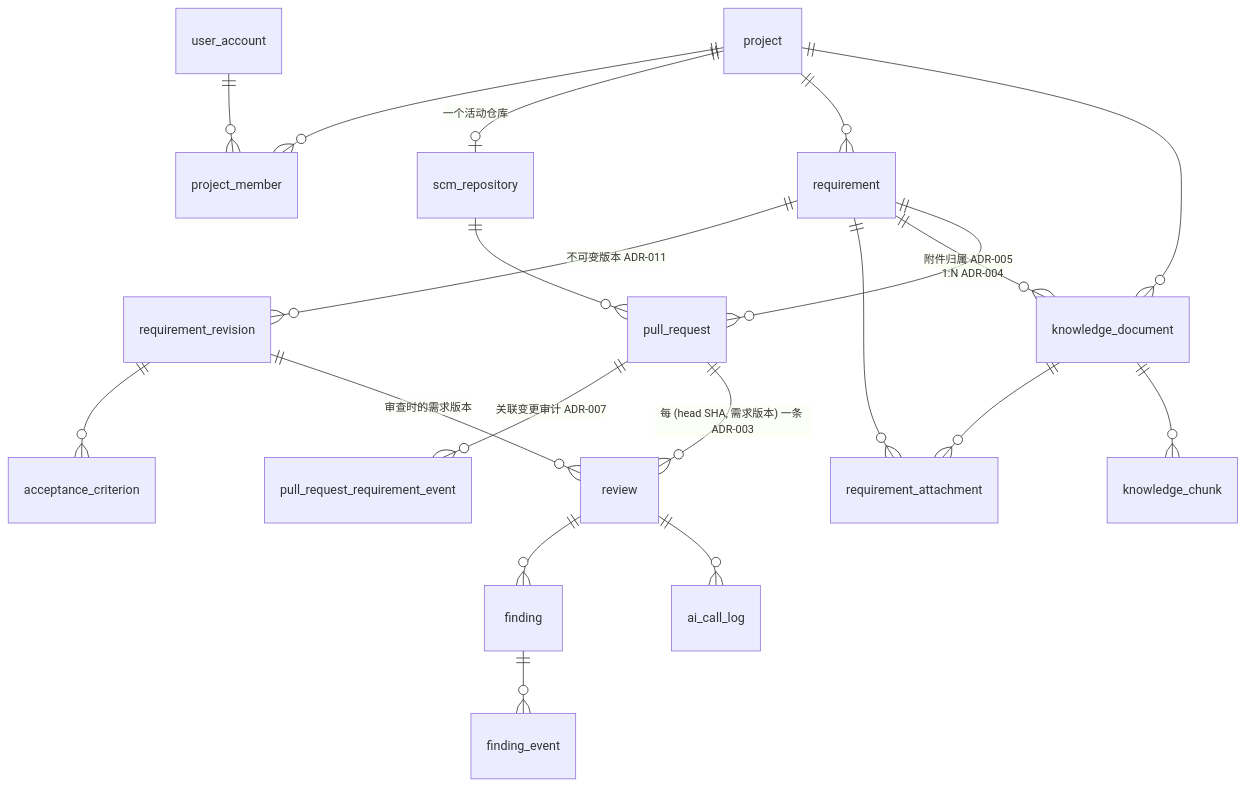
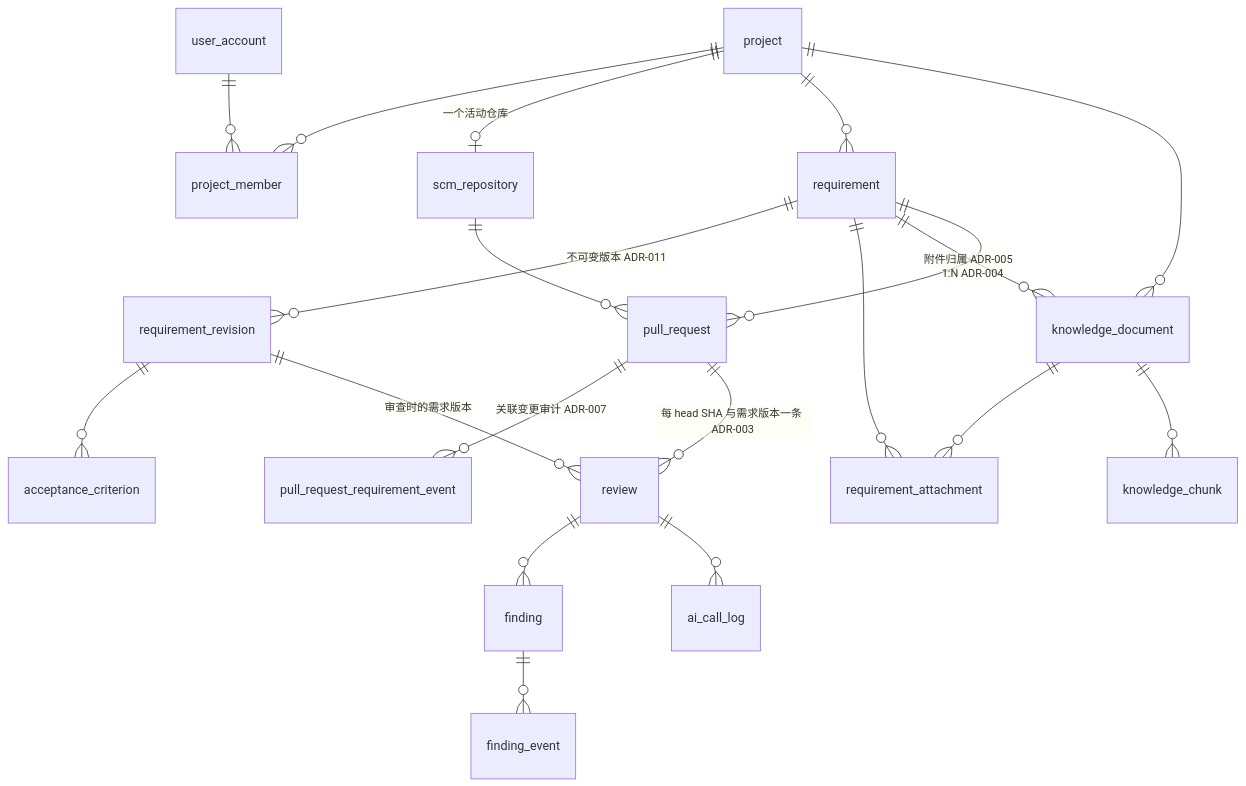
One commit to LinYsssss/ForgePilot changed the first of 3 diagrams in docs/v2/ARCHITECTURE.md. Above: the diagram before and after it, drawn with Mermaid. The commit also changed other lines of this file and 10 other files, not shown here.

````diff
--- a/docs/v2/ARCHITECTURE.md
+++ b/docs/v2/ARCHITECTURE.md
@@ -108,22 +108,22 @@
 ```mermaid
 erDiagram
     user_account ||--o{ project_member : ""
     project ||--o{ project_member : ""
     project ||--o| scm_repository : "一个活动仓库"
     project ||--o{ requirement : ""
     project ||--o{ knowledge_document : ""
     requirement ||--o{ requirement_revision : "不可变版本 ADR-011"
     requirement_revision ||--o{ acceptance_criterion : ""
     requirement ||--o{ requirement_attachment : ""
     knowledge_document ||--o{ requirement_attachment : ""
     knowledge_document ||--o{ knowledge_chunk : ""
     requirement ||--o{ knowledge_document : "附件归属 ADR-005"
     requirement ||--o{ pull_request : "1:N ADR-004"
     scm_repository ||--o{ pull_request : ""
     pull_request ||--o{ pull_request_requirement_event : "关联变更审计 ADR-007"
-    pull_request ||--o{ review : "每 (head SHA, 需求版本) 一条 ADR-003"
+    pull_request ||--o{ review : "每 head SHA 与需求版本一条 ADR-003"
     requirement_revision ||--o{ review : "审查时的需求版本"
     review ||--o{ finding : ""
     finding ||--o{ finding_event : ""
     review ||--o{ ai_call_log : ""
 ```
````
